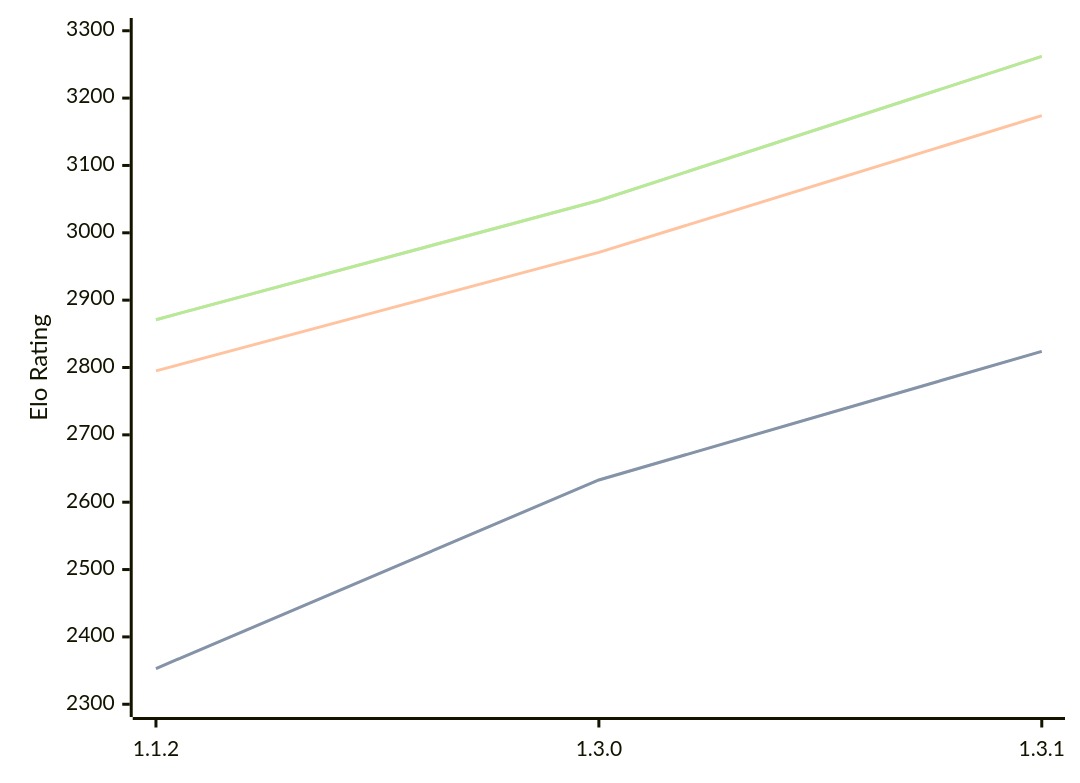
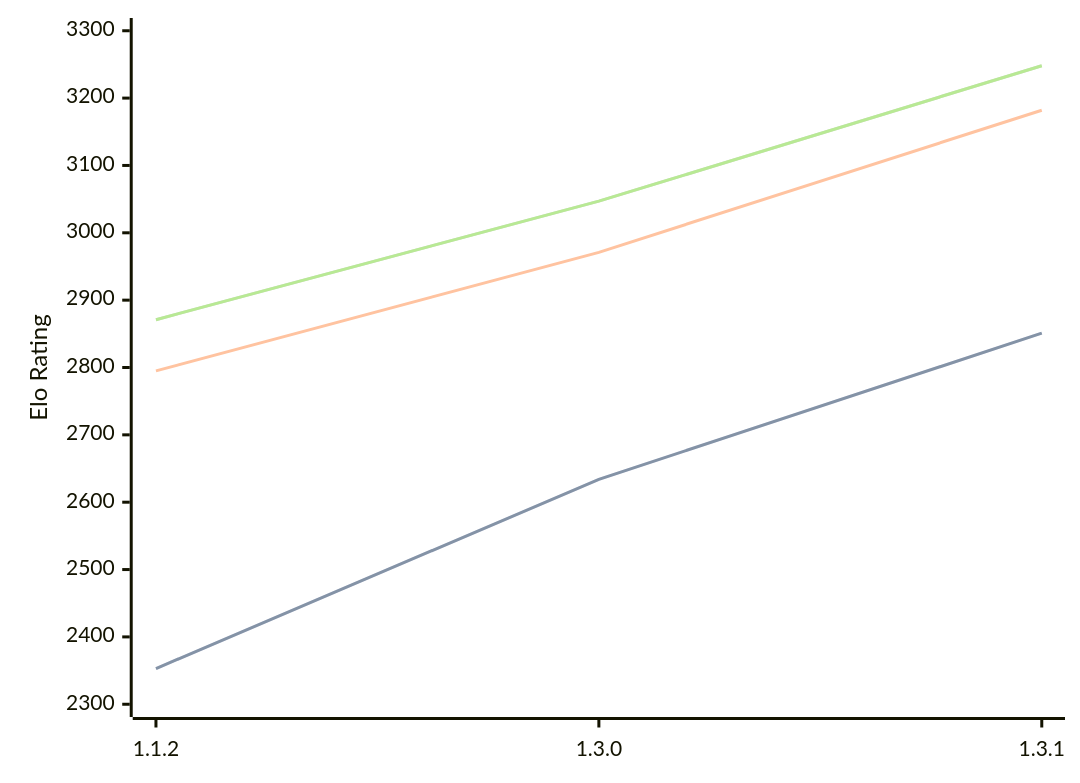
Before and after one commit to computer-chess-index/cci: the diagram in engines/Ember.md, drawn with Mermaid. The commit also changed other lines of this file, not shown here.

Commit message:
Update CCI Ratings (ELO VLTC) - 2026-09-25

````diff
--- a/engines/Ember.md
+++ b/engines/Ember.md
@@ -42,11 +42,11 @@
 ```mermaid
 %%{init: {"theme":"base","themeVariables":{"seriesColors:['#a3a3a3','#222221','#faa371']}}}%%
 xychart-beta
   x-axis ["1.1.2", "1.3.0", "1.3.1"]
   y-axis "Elo Rating" 2300 --> 3300
-  line "" [2353, 2633, 2824]
-  line "STC (8.0+0.08s)" [2353, 2633, 2824]
-  line "LTC (60.0+0.60s)" [2795, 2971, 3174]
-  line "" [2871, 3048, 3262]
-  line "VLTC (2m24s+1.12s)" [2871, 3048, 3262]
+  line "" [2353, 2634, 2851]
+  line "STC (8.0+0.08s)" [2353, 2634, 2851]
+  line "LTC (60.0+0.60s)" [2795, 2971, 3182]
+  line "" [2871, 3047, 3248]
+  line "VLTC (2m24s+1.12s)" [2871, 3047, 3248]
 ```
````
